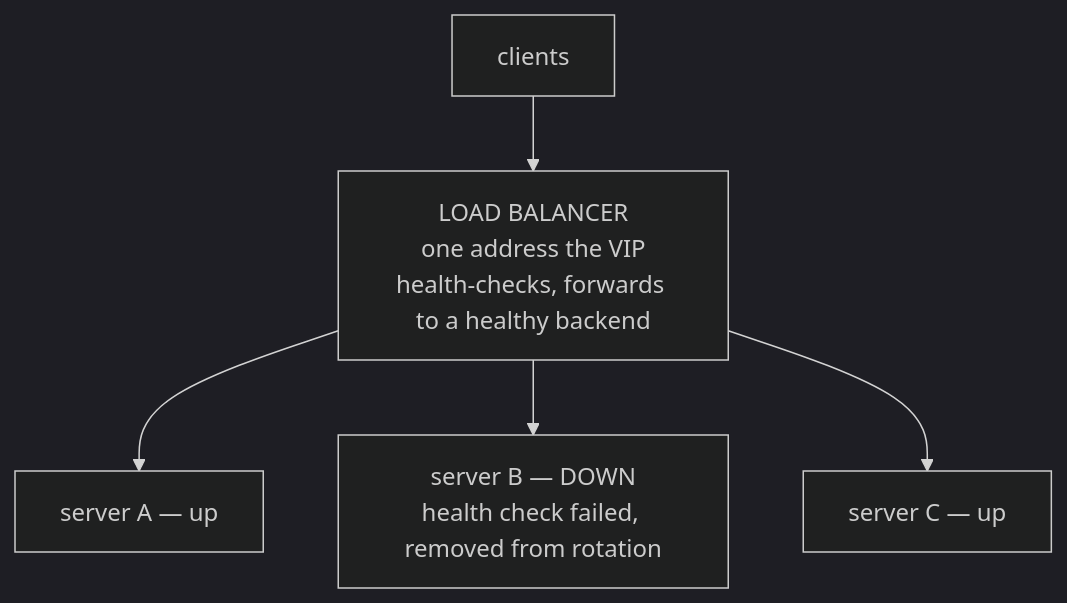
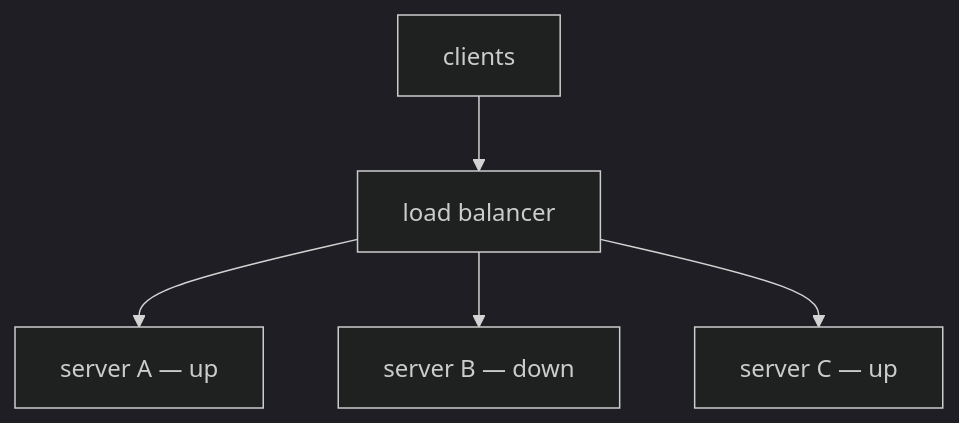
Before and after one commit to Topurrra/themissingmanual: the first of 3 diagrams in guides/designing-an-enterprise-network/02-scaling-and-reliability.md, drawn with Mermaid (dark theme). The commit also changed other lines of this file and 15 other files, not shown here.

Commit message:
fixed mermaid diagrams

````diff
--- a/guides/designing-an-enterprise-network/02-scaling-and-reliability.md
+++ b/guides/designing-an-enterprise-network/02-scaling-and-reliability.md
@@ -28,7 +28,7 @@
 ```mermaid
 flowchart TD
-  clients[clients] --> lb[LOAD BALANCER<br/>one address the VIP<br/>health-checks, forwards to a healthy backend]
+  clients[clients] --> lb[load balancer]
   lb --> a[server A — up]
-  lb --> b[server B — DOWN<br/>health check failed, removed from rotation]
+  lb --> b[server B — down]
   lb --> c[server C — up]
 ```
````
